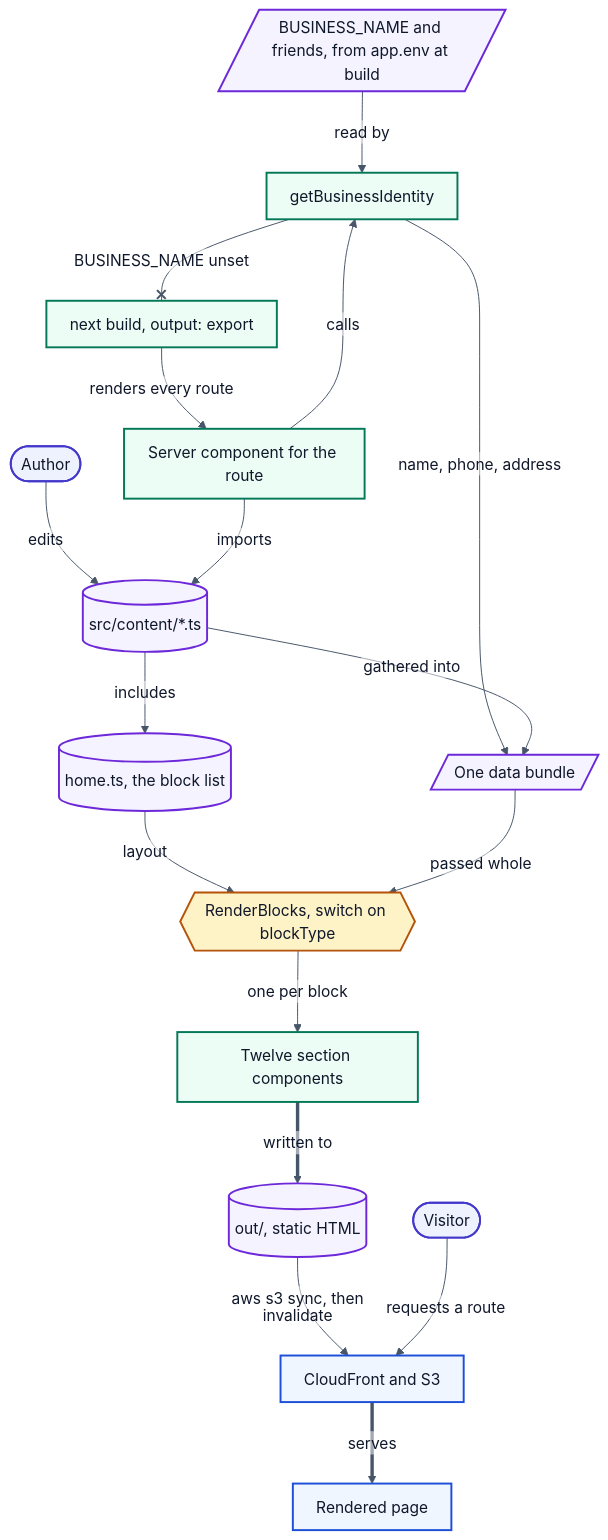
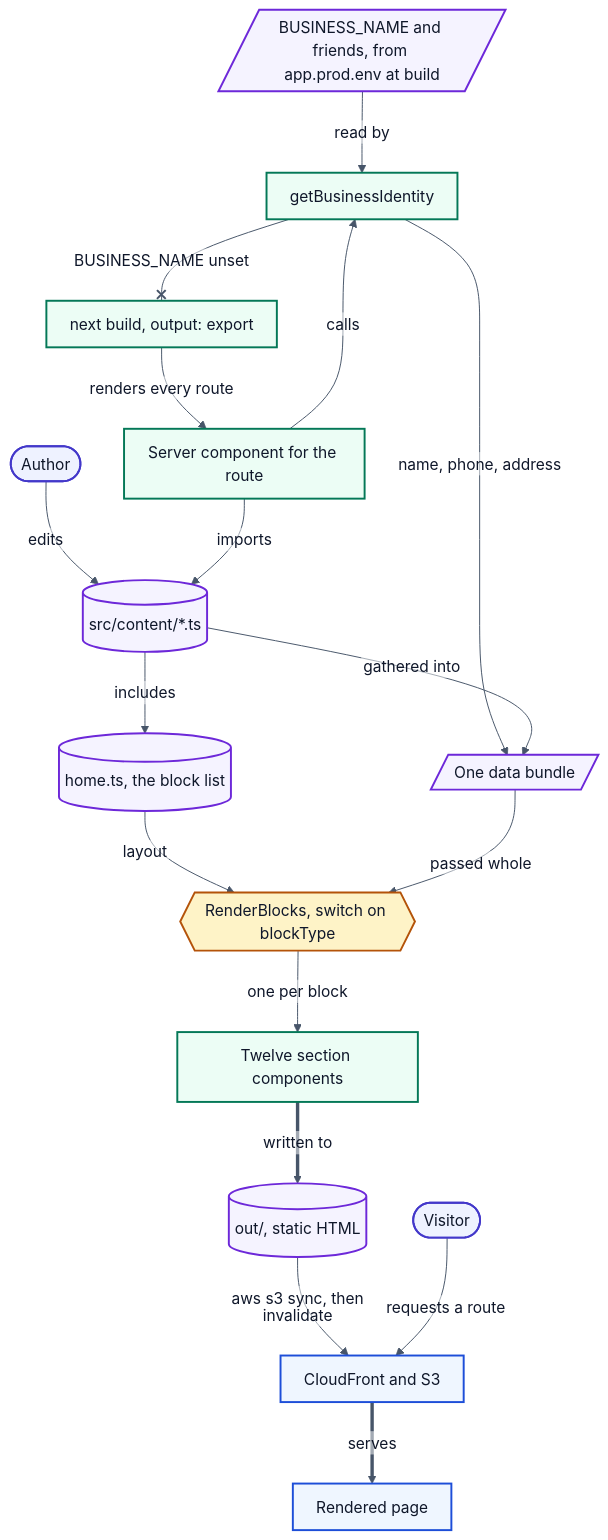
One commit to marc-mccarthy/legacy-benefits-mn changed the diagram in docs/diagrams/D2-render-path.mmd. Above: the diagram before and after it, drawn with Mermaid. The commit also changed 18 other files, not shown here.

Commit message:
refactor(env): app.prod.env and per-environment 1Password items

```diff
--- a/docs/diagrams/D2-render-path.mmd
+++ b/docs/diagrams/D2-render-path.mmd
@@ -1,62 +1,62 @@
 %%{init: {"theme":"base","themeVariables":{"fontFamily":"Helvetica Neue, Helvetica, Arial, sans-serif","fontSize":"16px","textColor":"#0F172A","background":"#FFFFFF","lineColor":"#475569","mainBkg":"#EFF6FF","nodeBorder":"#1D4ED8","primaryColor":"#EFF6FF","primaryBorderColor":"#1D4ED8","primaryTextColor":"#0F172A","secondaryColor":"#F1F5F9","secondaryBorderColor":"#475569","secondaryTextColor":"#0F172A","tertiaryColor":"#F8FAFC","tertiaryBorderColor":"#CBD5E1","tertiaryTextColor":"#0F172A","clusterBkg":"#F8FAFC","clusterBorder":"#CBD5E1","edgeLabelBackground":"#FFFFFF","actorBkg":"#EEF2FF","actorBorder":"#4338CA","actorTextColor":"#0F172A","signalColor":"#475569","signalTextColor":"#0F172A","noteBkgColor":"#FEF3C7","noteBorderColor":"#B45309","noteTextColor":"#0F172A","activationBkgColor":"#ECFDF5","activationBorderColor":"#047857","labelBoxBkgColor":"#FEF3C7","labelBoxBorderColor":"#B45309","sequenceNumberColor":"#FFFFFF"},"flowchart":{"htmlLabels":false,"curve":"basis","nodeSpacing":45,"rankSpacing":60,"padding":12},"sequence":{"useMaxWidth":false,"htmlLabels":false,"mirrorActors":false,"wrap":true,"width":190}}}%%
 flowchart TB
 accTitle: How an authored content module becomes a rendered page
 accDescr {
   A top-to-bottom map of one page render. Content is authored as TypeScript
   modules under src/content. At build time the route's server component imports
   the modules it needs, resolves the business identity from the environment, and
   gathers the collections into a single data bundle. The environment at build time
-  comes from app.env through op run. The home page's block list comes from home.ts.
+  comes from app.prod.env through op run. The home page's block list comes from home.ts.
   The renderer switches on each block's type and returns the matching section
   component; twelve block types are handled and the home page uses eleven of them.
   An unknown type renders nothing. Because next.config sets output export, every
   route is rendered once during the build into out/ and the deploy workflow syncs
   it to S3, where CloudFront serves it as static files. No request reaches a
   database, and there is no runtime content fetch to cache.
 }
 
 author([Author])
 contentModules[("src/content/*.ts")]
 homeBlocks[("home.ts, the block list")]
-env[/"BUSINESS_NAME and friends, from app.env at build"/]
+env[/"BUSINESS_NAME and friends, from app.prod.env at build"/]
 build["next build, output: export"]
 route["Server component for the route"]
 identity["getBusinessIdentity"]
 blockData[/"One data bundle"/]
 renderBlocks{{"RenderBlocks, switch on blockType"}}
 sections["Twelve section components"]
 out[("out/, static HTML")]
 visitor([Visitor])
 cdn["CloudFront and S3"]
 html[Rendered page]
 
 author -->|edits| contentModules
 contentModules -->|includes| homeBlocks
 build -->|renders every route| route
 route -->|imports| contentModules
 route -->|calls| identity
 env -->|read by| identity
 identity -->|name, phone, address| blockData
 contentModules -->|gathered into| blockData
 homeBlocks -->|layout| renderBlocks
 blockData -->|passed whole| renderBlocks
 renderBlocks -->|one per block| sections
 sections ==>|written to| out
 out -->|aws s3 sync, then invalidate| cdn
 visitor -->|requests a route| cdn
 cdn ==>|serves| html
 identity --x|BUSINESS_NAME unset| build
 
 classDef human    fill:#EEF2FF,stroke:#4338CA,stroke-width:2px,color:#0F172A
 classDef client   fill:#EFF6FF,stroke:#1D4ED8,stroke-width:2px,color:#0F172A
 classDef ours     fill:#ECFDF5,stroke:#047857,stroke-width:2px,color:#0F172A
 classDef guard    fill:#FEF3C7,stroke:#B45309,stroke-width:2px,color:#0F172A
 classDef vendor   fill:#F1F5F9,stroke:#475569,stroke-width:2px,color:#0F172A
 classDef phi      fill:#FEE2E2,stroke:#B91C1C,stroke-width:2px,color:#0F172A
 classDef artifact fill:#F5F3FF,stroke:#6D28D9,stroke-width:2px,color:#0F172A
 
 class author,visitor human
 class cdn,html client
 class build,route,identity,sections ours
 class renderBlocks guard
 class contentModules,homeBlocks,env,blockData,out artifact
```
